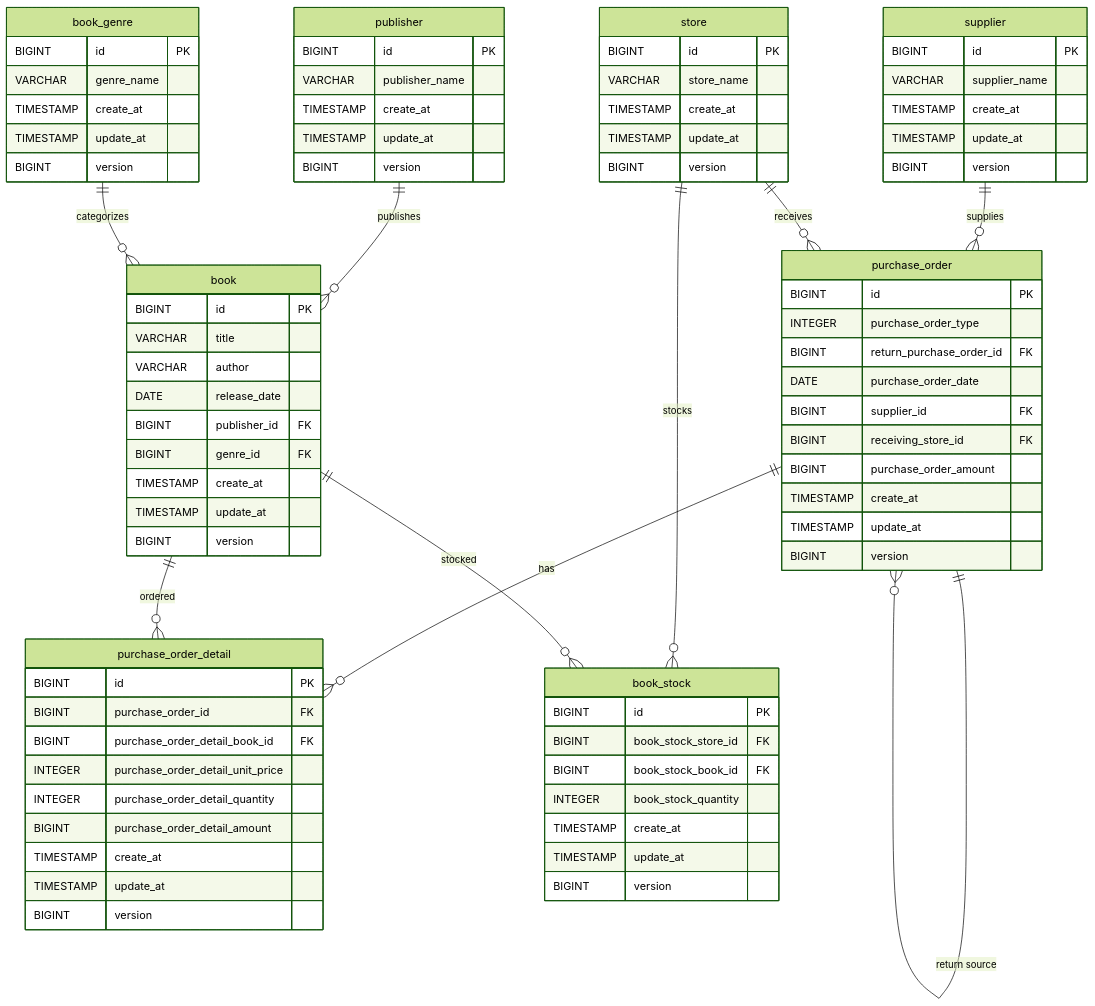
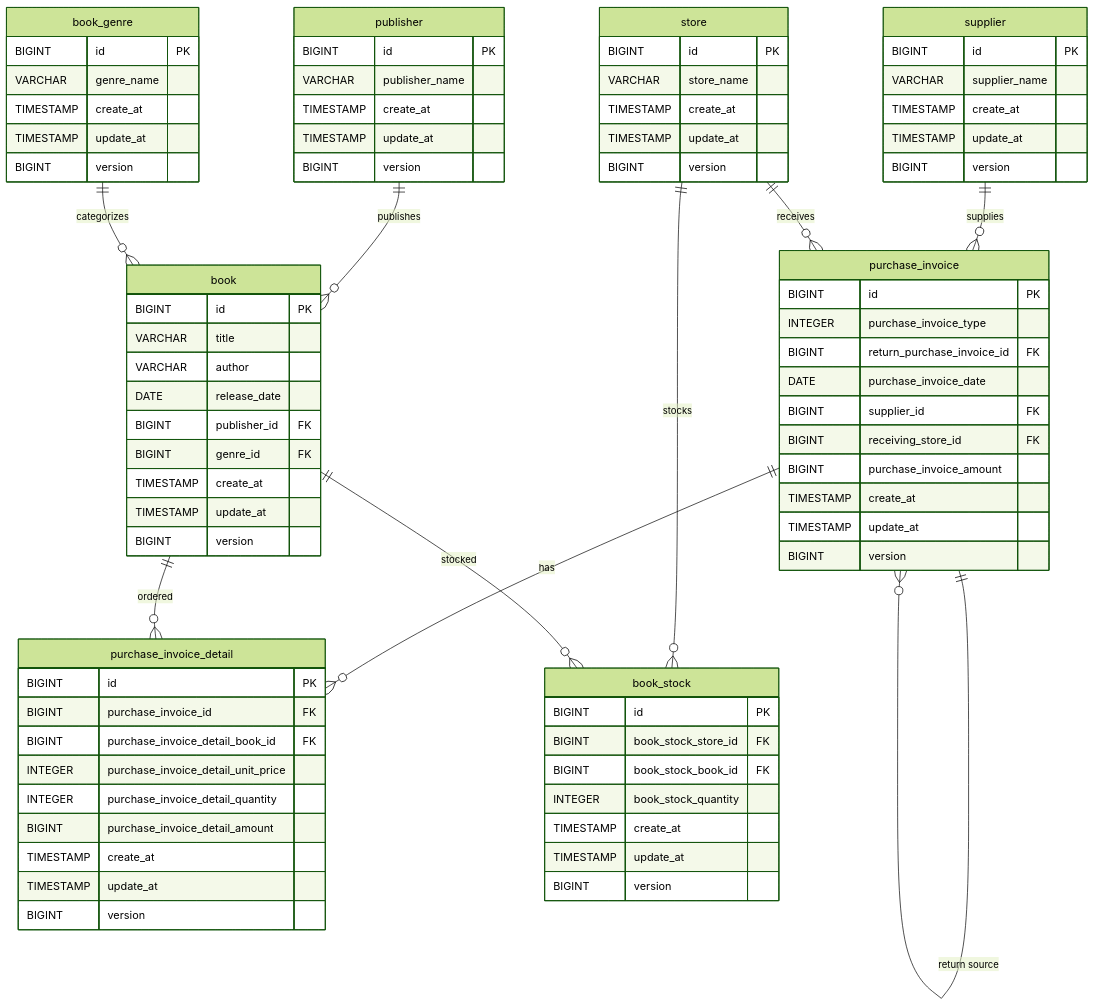
One commit to nagaokambeyond/samples changed the diagram in spring_java_orm_sample/readme.md. Above: the diagram before and after it, drawn with Mermaid (forest theme). The commit also changed other lines of this file and 40 other files, not shown here.

Commit message:
spring_java_orm　テーブル名変更　puchase_order->puchase_invoice

```diff
--- a/spring_java_orm_sample/readme.md
+++ b/spring_java_orm_sample/readme.md
@@ -17,11 +17,11 @@
 erDiagram
     publisher ||--o{ book : "publishes"
     book_genre ||--o{ book : "categorizes"
-    supplier ||--o{ purchase_order : "supplies"
-    store ||--o{ purchase_order : "receives"
-    purchase_order ||--o{ purchase_order : "return source"
-    purchase_order ||--o{ purchase_order_detail : "has"
-    book ||--o{ purchase_order_detail : "ordered"
+    supplier ||--o{ purchase_invoice : "supplies"
+    store ||--o{ purchase_invoice : "receives"
+    purchase_invoice ||--o{ purchase_invoice : "return source"
+    purchase_invoice ||--o{ purchase_invoice_detail : "has"
+    book ||--o{ purchase_invoice_detail : "ordered"
     store ||--o{ book_stock : "stocks"
     book ||--o{ book_stock : "stocked"
 
@@ -69,26 +69,26 @@
         BIGINT version
     }
 
-    purchase_order {
+    purchase_invoice {
         BIGINT id PK
-        INTEGER purchase_order_type
-        BIGINT return_purchase_order_id FK
-        DATE purchase_order_date
+        INTEGER purchase_invoice_type
+        BIGINT return_purchase_invoice_id FK
+        DATE purchase_invoice_date
         BIGINT supplier_id FK
         BIGINT receiving_store_id FK
-        BIGINT purchase_order_amount
+        BIGINT purchase_invoice_amount
         TIMESTAMP create_at
         TIMESTAMP update_at
         BIGINT version
     }
 
-    purchase_order_detail {
+    purchase_invoice_detail {
         BIGINT id PK
-        BIGINT purchase_order_id FK
-        BIGINT purchase_order_detail_book_id FK
-        INTEGER purchase_order_detail_unit_price
-        INTEGER purchase_order_detail_quantity
-        BIGINT purchase_order_detail_amount
+        BIGINT purchase_invoice_id FK
+        BIGINT purchase_invoice_detail_book_id FK
+        INTEGER purchase_invoice_detail_unit_price
+        INTEGER purchase_invoice_detail_quantity
+        BIGINT purchase_invoice_detail_amount
         TIMESTAMP create_at
         TIMESTAMP update_at
         BIGINT version
```
